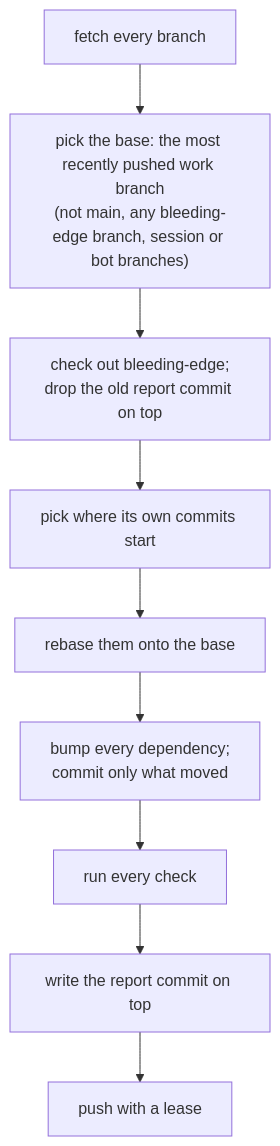
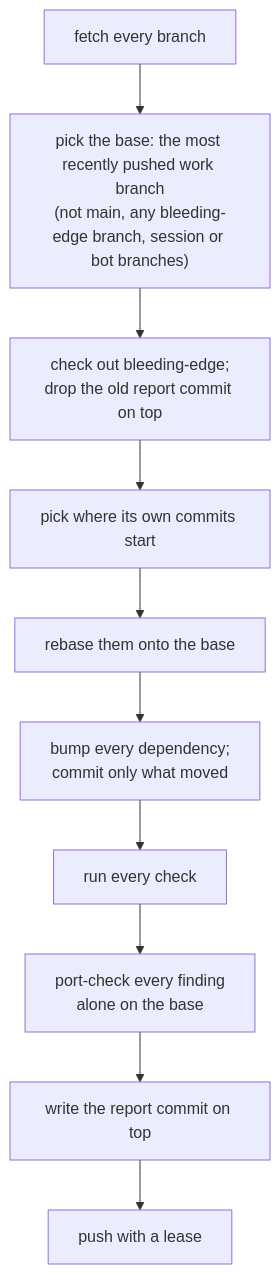
One commit to bubba8587/solenoid changed the diagram in tree/specs/bleeding-edge/branch.md. Above: the diagram before and after it, drawn with Mermaid. The commit also changed other lines of this file and 3 other files, not shown here.

First line of the commit message:
Bleeding edge: a finding is one commit, ported with port.mjs

````diff
--- a/tree/specs/bleeding-edge/branch.md
+++ b/tree/specs/bleeding-edge/branch.md
@@ -15,11 +15,12 @@
 ```mermaid
 flowchart TD
     fetch["fetch every branch"] --> base["pick the base: the most recently pushed work branch<br>(not main, any bleeding-edge branch, session or bot branches)"]
     base --> drop["check out bleeding-edge;<br>drop the old report commit on top"]
     drop --> from["pick where its own commits start"]
     from --> rebase["rebase them onto the base"]
     rebase --> bump["bump every dependency;<br>commit only what moved"]
     bump --> checks["run every check"]
-    checks --> report["write the report commit on top"]
+    checks --> ports["port-check every finding<br>alone on the base"]
+    ports --> report["write the report commit on top"]
     report --> push["push with a lease"]
 ```
````
